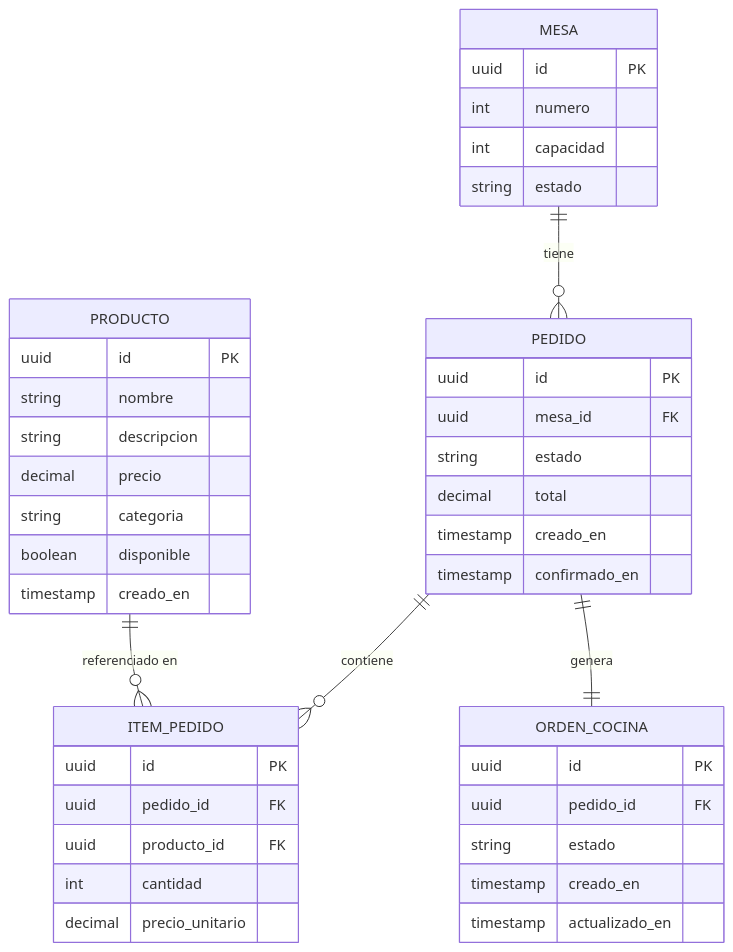
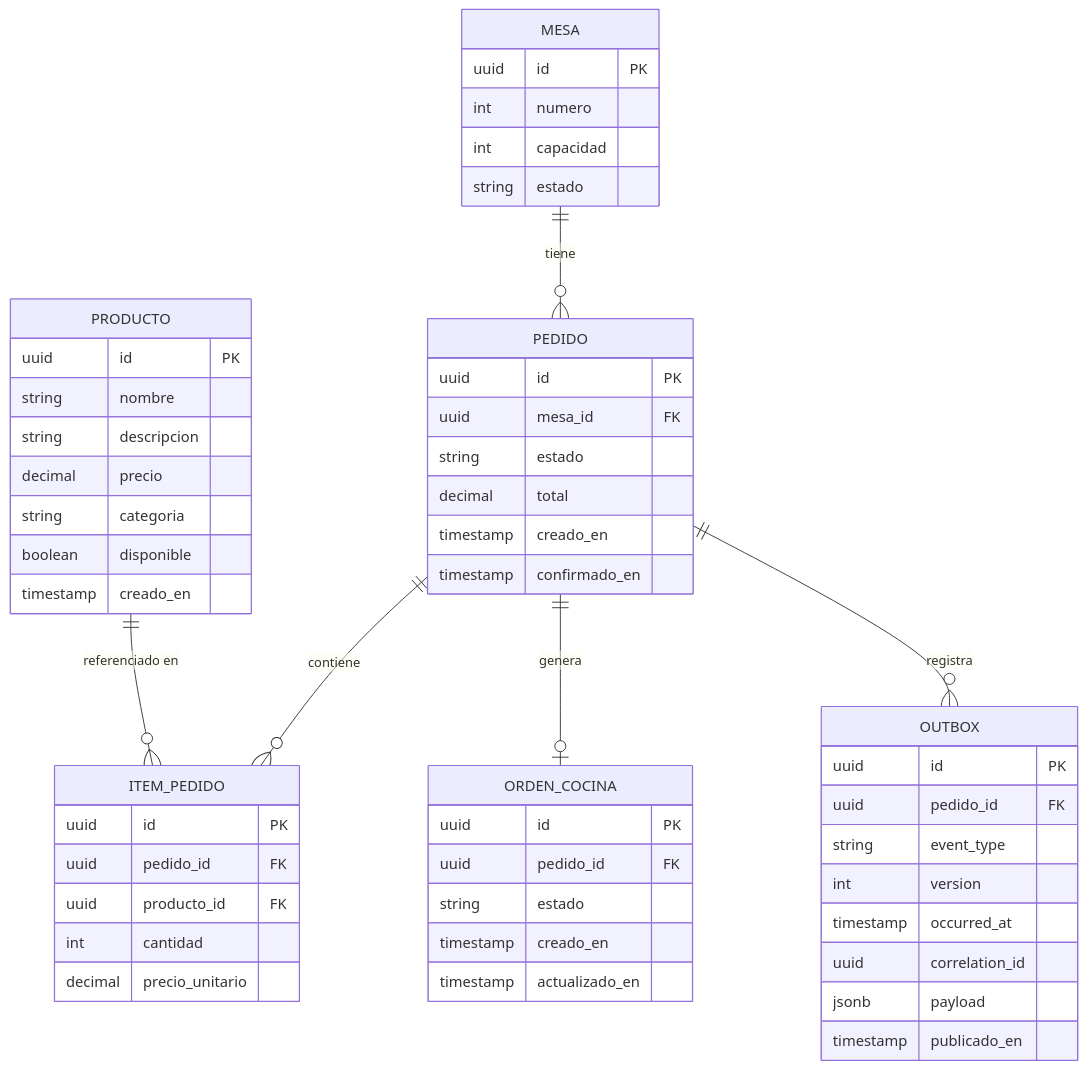
One commit to BenjaCimatti/tpi-iaew-2026 changed the diagram in docs/modelo-datos.md. Above: the diagram before and after it, drawn with Mermaid. The commit also changed other lines of this file and 53 other files, not shown here.

````diff
--- a/docs/modelo-datos.md
+++ b/docs/modelo-datos.md
@@ -9,49 +9,61 @@
 ```mermaid
 erDiagram
     PRODUCTO {
         uuid id PK
         string nombre
         string descripcion
         decimal precio
         string categoria
         boolean disponible
         timestamp creado_en
     }
 
     MESA {
         uuid id PK
         int numero
         int capacidad
         string estado
     }
 
     PEDIDO {
         uuid id PK
         uuid mesa_id FK
         string estado
         decimal total
         timestamp creado_en
         timestamp confirmado_en
     }
 
     ITEM_PEDIDO {
         uuid id PK
         uuid pedido_id FK
         uuid producto_id FK
         int cantidad
         decimal precio_unitario
     }
 
     ORDEN_COCINA {
         uuid id PK
         uuid pedido_id FK
         string estado
         timestamp creado_en
         timestamp actualizado_en
     }
 
+    OUTBOX {
+        uuid id PK
+        uuid pedido_id FK
+        string event_type
+        int version
+        timestamp occurred_at
+        uuid correlation_id
+        jsonb payload
+        timestamp publicado_en
+    }
+
     MESA ||--o{ PEDIDO : "tiene"
     PEDIDO ||--o{ ITEM_PEDIDO : "contiene"
     PRODUCTO ||--o{ ITEM_PEDIDO : "referenciado en"
-    PEDIDO ||--|| ORDEN_COCINA : "genera"
+    PEDIDO ||--o| ORDEN_COCINA : "genera"
+    PEDIDO ||--o{ OUTBOX : "registra"
 ```
````
